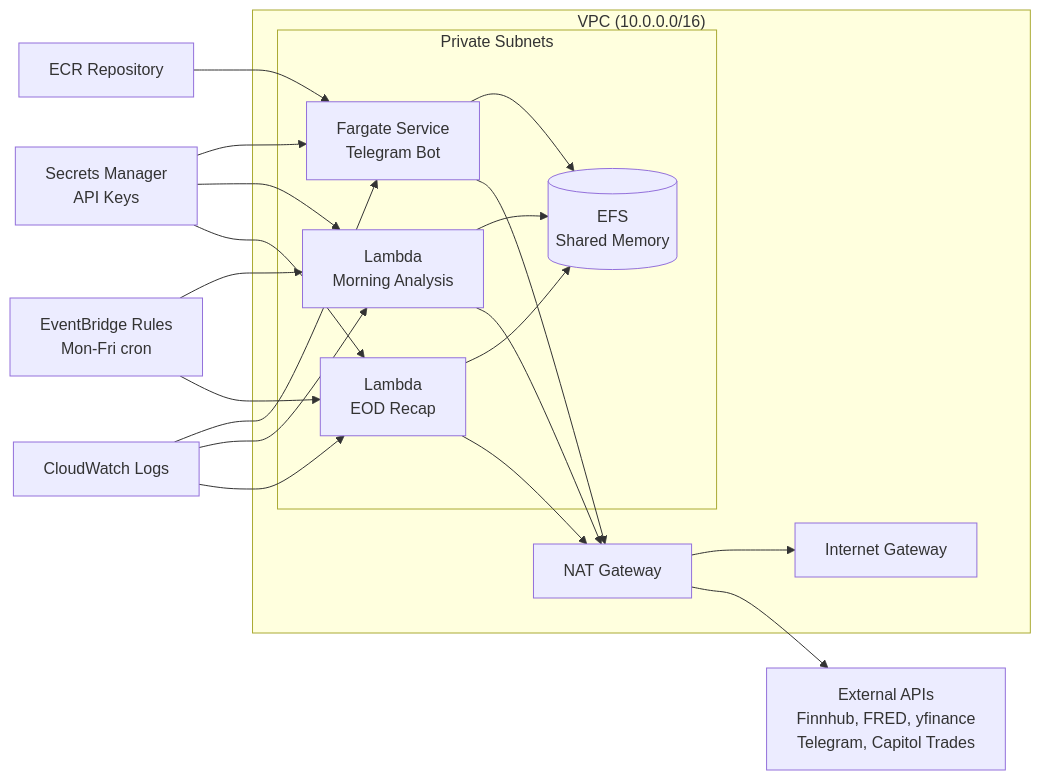
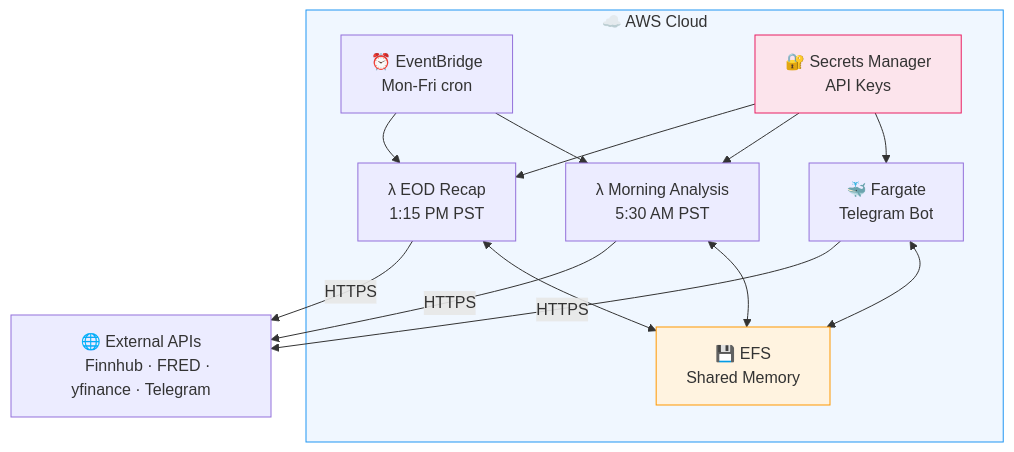
One commit to ramuponugumati/openclaw-market-intel changed the second of 2 diagrams in README.md. Above: the diagram before and after it, drawn with Mermaid. The commit also changed other lines of this file, not shown here.

Commit message:
Simplify architecture diagrams — clean high-level flow

````diff
--- a/README.md
+++ b/README.md
@@ -149,18 +149,25 @@
 ```mermaid
-graph LR
-    subgraph "VPC (10.0.0.0/16)"
-        subgraph "Private Subnets"
-            F[Fargate Service<br/>Telegram Bot] --> EFS[(EFS<br/>Shared Memory)]
-            L1[Lambda<br/>Morning Analysis] --> EFS
-            L2[Lambda<br/>EOD Recap] --> EFS
-        end
-        NAT[NAT Gateway] --> IGW[Internet Gateway]
+flowchart TB
+    subgraph AWS["☁️ AWS Cloud"]
+        EB["⏰ EventBridge
+        Mon-Fri cron"] --> L1["λ Morning Analysis
+        5:30 AM PST"] & L2["λ EOD Recap
+        1:15 PM PST"]
+        
+        L1 & L2 <--> EFS["💾 EFS
+        Shared Memory"]
+        
+        F["🐳 Fargate
+        Telegram Bot"] <--> EFS
+        
+        SM["🔐 Secrets Manager
+        API Keys"] --> F & L1 & L2
     end
 
-    EB[EventBridge Rules<br/>Mon-Fri cron] --> L1 & L2
-    SM[Secrets Manager<br/>API Keys] --> F & L1 & L2
-    ECR[ECR Repository] --> F
-    CW[CloudWatch Logs] --> F & L1 & L2
-    F & L1 & L2 --> NAT
-    NAT --> APIs[External APIs<br/>Finnhub, FRED, yfinance<br/>Telegram, Capitol Trades]
+    F & L1 & L2 -->|HTTPS| API["🌐 External APIs
+    Finnhub · FRED · yfinance · Telegram"]
+
+    style AWS fill:#f0f7ff,stroke:#2196F3
+    style EFS fill:#fff3e0,stroke:#FF9800
+    style SM fill:#fce4ec,stroke:#E91E63
 ```
````
